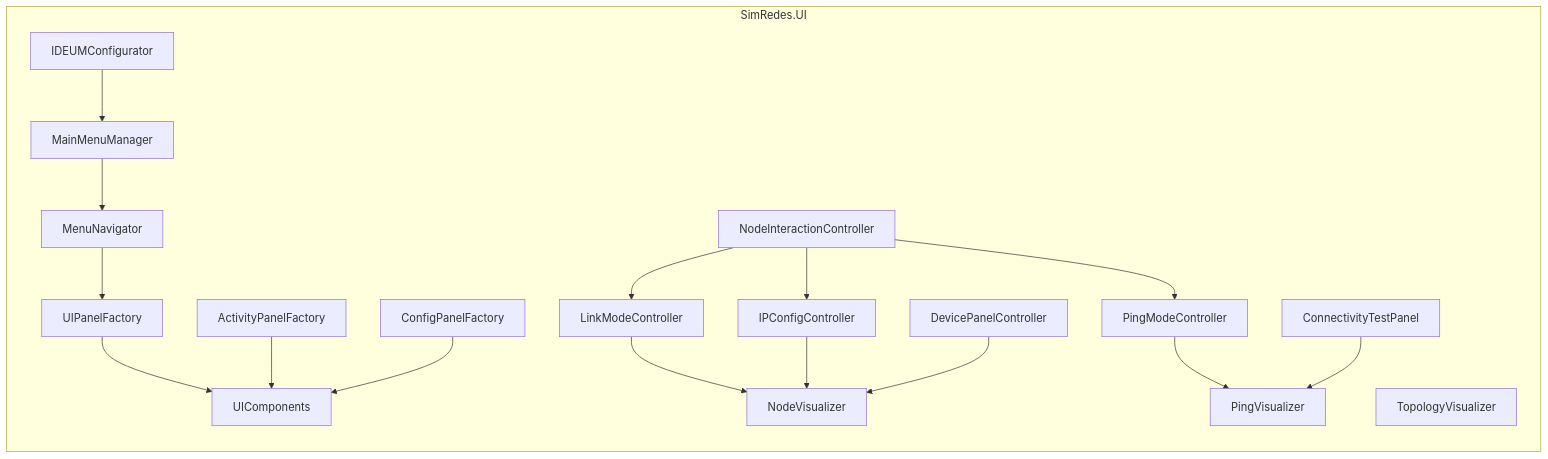
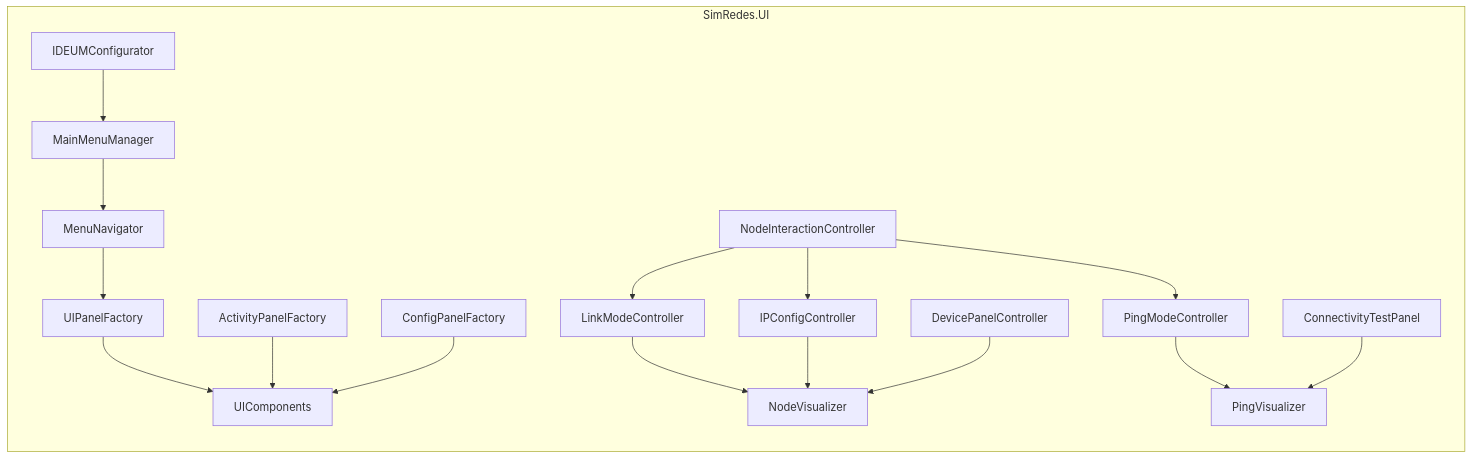
The diagram in docs/diagrams/mermaid/packages/06e-ui.md (Josmarinr/ProyectoGI_SimuladorRedesIDEUM), drawn with Mermaid before and after one commit. The commit also changed 28 other files, not shown here.

````diff
--- a/docs/diagrams/mermaid/packages/06e-ui.md
+++ b/docs/diagrams/mermaid/packages/06e-ui.md
@@ -3,39 +3,38 @@
 ```mermaid
 graph LR
     subgraph S5["SimRedes.UI"]
         UPF[UIPanelFactory]
         APF[ActivityPanelFactory]
         CPF[ConfigPanelFactory]
         UIC[UIComponents]
         NV[NodeVisualizer]
         PV[PingVisualizer]
-        TV[TopologyVisualizer]
         MN[MenuNavigator]
         MMM[MainMenuManager]
         LMC[LinkModeController]
         PMC[PingModeController]
         IPC[IPConfigController]
         DPC[DevicePanelController]
         NIC[NodeInteractionController]
         CTP[ConnectivityTestPanel]
         IDC[IDEUMConfigurator]
     end
 
     UPF --> UIC
     APF --> UIC
     CPF --> UIC
 
     MN --> UPF
     MMM --> MN
 
     LMC --> NV
     PMC --> PV
     IPC --> NV
     DPC --> NV
     NIC --> LMC
     NIC --> PMC
     NIC --> IPC
 
     CTP --> PV
     IDC --> MMM
 ```
````
